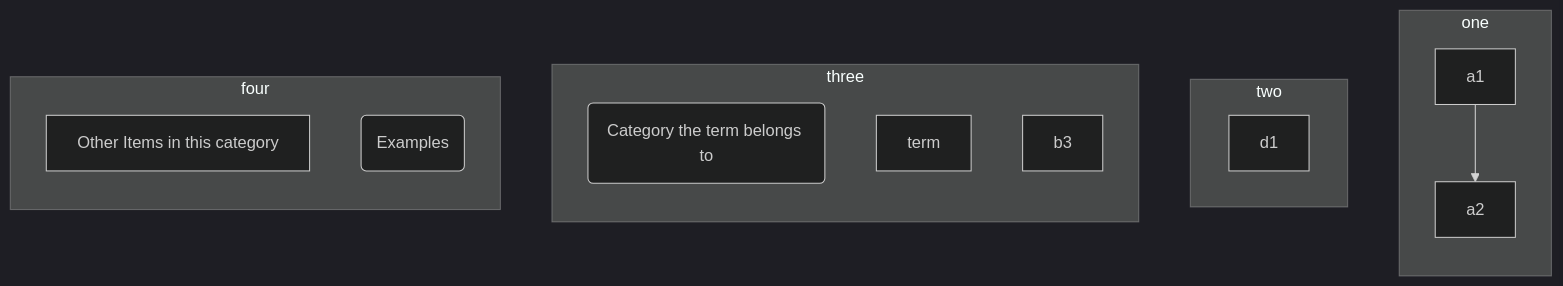
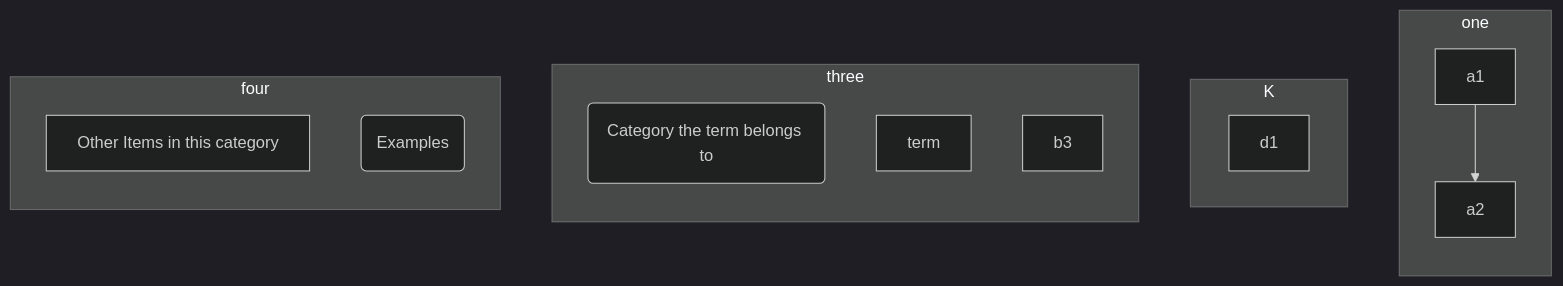
Before and after one commit to gerbssusd/dok: the diagram in slides.md, drawn with Mermaid (dark theme).

````diff
--- a/slides.md
+++ b/slides.md
@@ -217,27 +217,27 @@
 ```mermaid
 flowchart TB
     subgraph one 
      direction TB
     a1-->a2
      end
-    subgraph two
+    subgraph K
      d1
      end
     subgraph three
       direction TB
         b1(Category the term belongs to)
         b2[term]
         b3 
         end
     subgraph four
       direction TB
     c1[Other Items in this category] 
     c2(Examples)
     end
 
 
 
 
 
 
 ```
````
